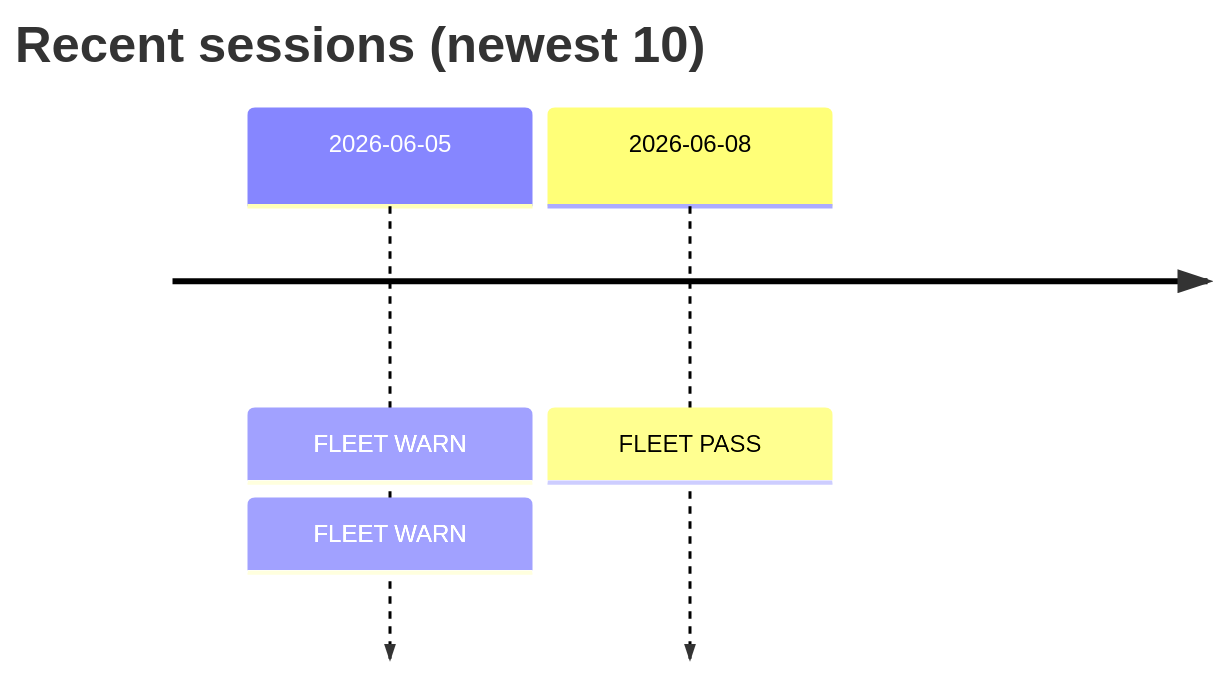
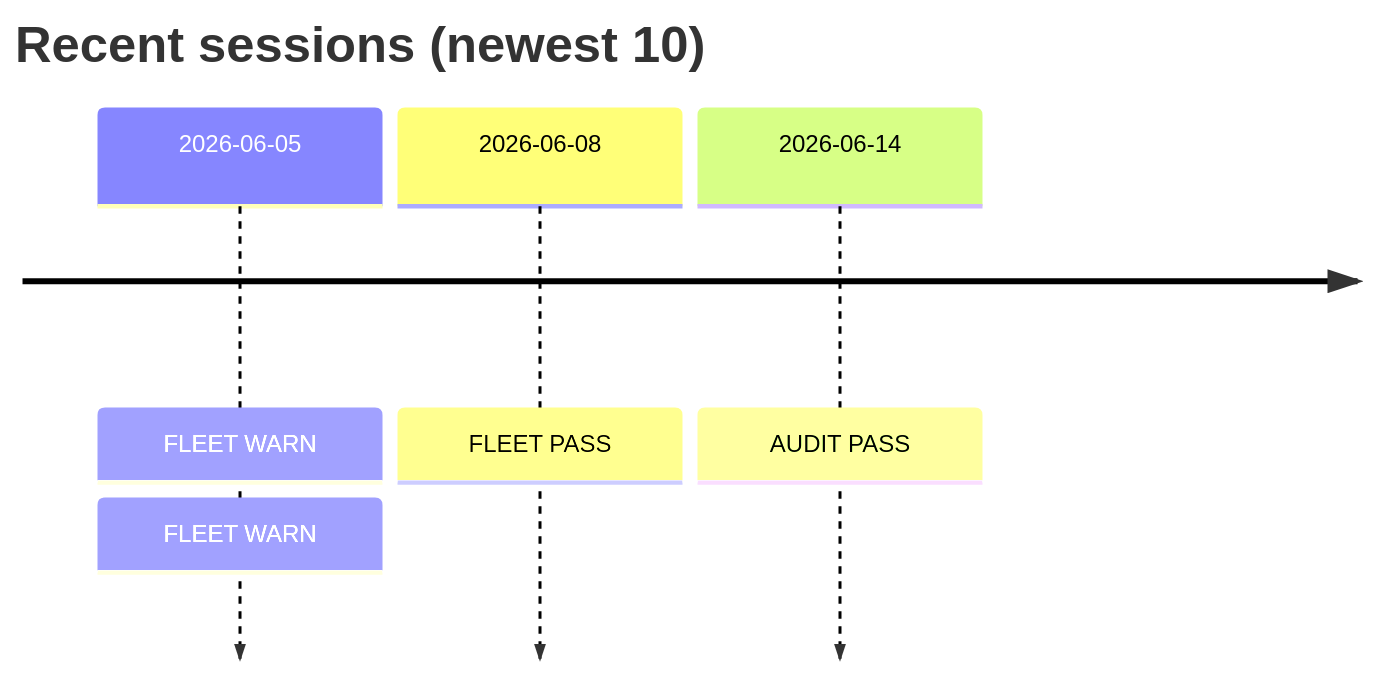
The diagram in docs/hermes/dashboard.md (Neoptolemospapadiofantous/automation_dashboard), drawn with Mermaid before and after one commit. The commit also changed other lines of this file and 2 other files, not shown here.

First line of the commit message:
hermes(audit): 2026-06-14 — PASS, 0 confirmed findings

````diff
--- a/docs/hermes/dashboard.md
+++ b/docs/hermes/dashboard.md
@@ -15,9 +15,11 @@
 ```mermaid
 timeline
     title Recent sessions (newest 10)
     2026-06-05
         : FLEET WARN
         : FLEET WARN
     2026-06-08
         : FLEET PASS
+    2026-06-14
+        : AUDIT PASS
 ```
````
